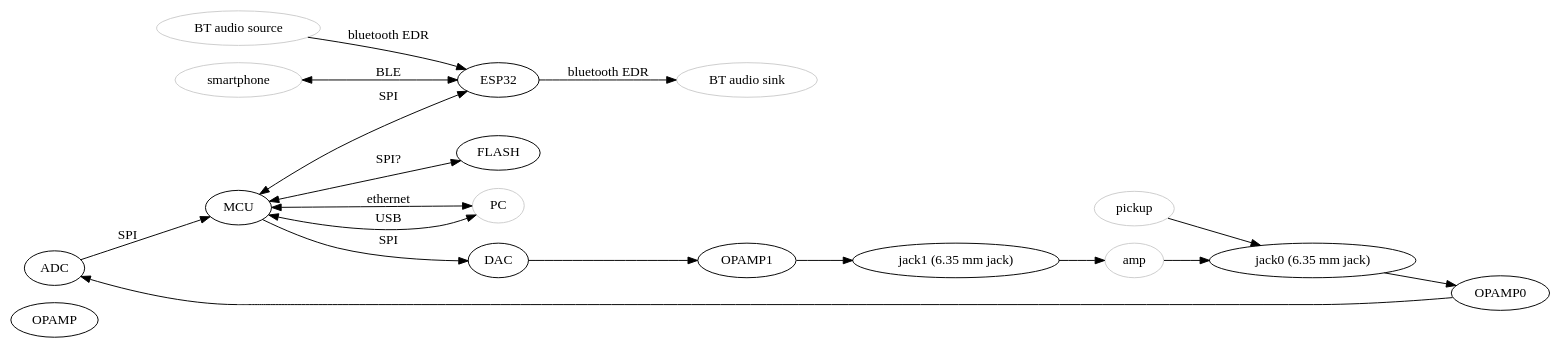
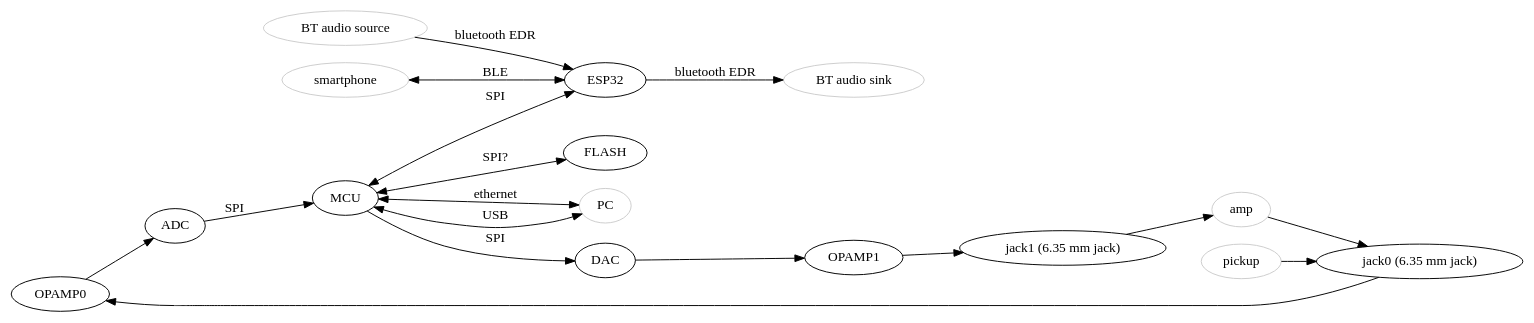
The diagram in graph/block.dot (chuck1/bluetooth_audio_source), drawn with Graphviz before and after one commit. The commit also changed 1 other file, not shown here.

```diff
--- a/graph/block.dot
+++ b/graph/block.dot
@@ -1,47 +1,48 @@
 digraph
 {
 	rankdir=LR;	
 	
-	OPAMP
+	OPAMP0
+	OPAMP1
 	ADC
 	MCU
 	ESP32
 	DAC
 	FLASH
 	JACK0 [label="jack0 (6.35 mm jack)"];
 	JACK1 [label="jack1 (6.35 mm jack)"];
 
 	PICKUP [label="pickup"; color="#cccccc"];
 	AMP [label="amp"; color="#cccccc"];
 	BT_sink [label="BT audio sink"; color="#cccccc"];
 	BT_source [label="BT audio source"; color="#cccccc"];
 	PC [label="PC"; color="#cccccc"];
 	SMARTPHONE [label="smartphone"; color="#cccccc"];
 
 	OPAMP0 -> ADC
 	DAC -> OPAMP1
 	ADC -> MCU [label="SPI"];
 	MCU -> DAC [label="SPI"];
 
 	MCU -> ESP32 [label="SPI";dir=both];
 	MCU -> FLASH [label="SPI?";dir=both];
 	
 	OPAMP1 -> JACK1
 	JACK0 -> OPAMP0
 
 	// IN
 	BT_source -> ESP32 [label="bluetooth EDR"]
 	
 	PICKUP -> JACK0
 	AMP -> JACK0
 	
 	// OUT
 	ESP32 -> BT_sink [label="bluetooth EDR"]
 	JACK1 -> AMP
 
 	// both
 	SMARTPHONE -> ESP32 [label="BLE", dir=both];
 	MCU -> PC [label="ethernet", dir=both];
 	MCU -> PC [label="USB", dir=both];
 
 }
```
